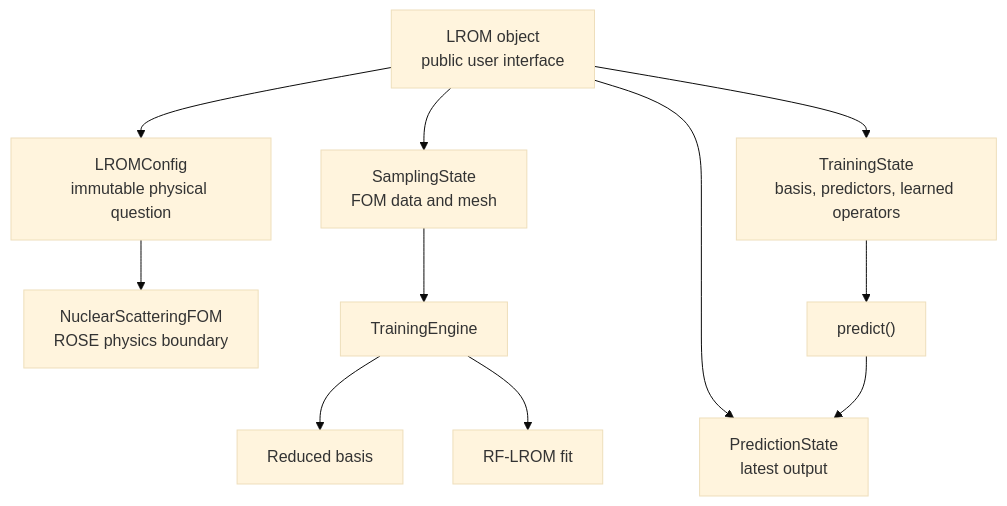
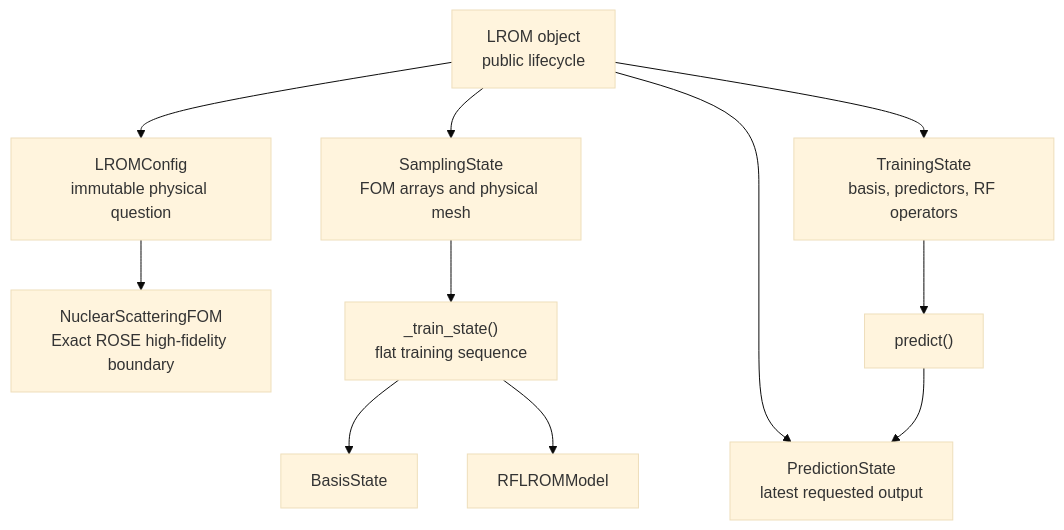
One commit to nitrogen5052/Learning-Reduced-Order-Models changed the first of 3 diagrams in docs/LROM_ARCHITECTURE_UNDERSTANDING.md. Above: the diagram before and after it, drawn with Mermaid (base theme). The commit also changed other lines of this file and 4 other files, not shown here.

````diff
--- a/docs/LROM_ARCHITECTURE_UNDERSTANDING.md
+++ b/docs/LROM_ARCHITECTURE_UNDERSTANDING.md
@@ -11,20 +20,20 @@
 ```mermaid
 flowchart TB
-    L["LROM object\npublic user interface"]
+    L["LROM object\npublic lifecycle"]
     C["LROMConfig\nimmutable physical question"]
-    S["SamplingState\nFOM data and mesh"]
-    T["TrainingState\nbasis, predictors, learned operators"]
-    P["PredictionState\nlatest output"]
+    S["SamplingState\nFOM arrays and physical mesh"]
+    T["TrainingState\nbasis, predictors, RF operators"]
+    P["PredictionState\nlatest requested output"]
 
     L --> C
     L --> S
     L --> T
     L --> P
 
-    C --> F["NuclearScatteringFOM\nROSE physics boundary"]
-    S --> E["TrainingEngine"]
-    E --> B["Reduced basis"]
-    E --> R["RF-LROM fit"]
+    C --> F["NuclearScatteringFOM\nExact ROSE high-fidelity boundary"]
+    S --> E["_train_state()\nflat training sequence"]
+    E --> B["BasisState"]
+    E --> R["RFLROMModel"]
     T --> I["predict()"]
     I --> P
 ```
````
